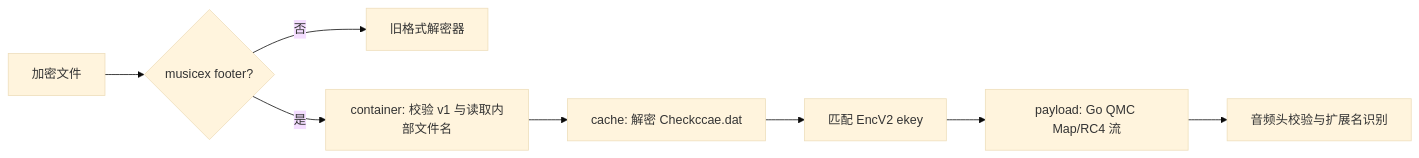
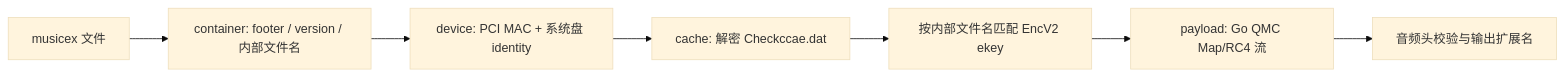
Before and after one commit to DearZL/unlock-music-go: the diagram in README.md, drawn with Mermaid (base theme). The commit also changed other lines of this file and 8 other files, not shown here.

````diff
--- a/README.md
+++ b/README.md
@@ -39,10 +43,9 @@
 ```mermaid
 flowchart LR
-  A[加密文件] --> B{musicex footer?}
-  B -->|否| C[旧格式解密器]
-  B -->|是| D[container: 校验 v1 与读取内部文件名]
-  D --> E[cache: 解密 Checkccae.dat]
-  E --> F[匹配 EncV2 ekey]
-  F --> G[payload: Go QMC Map/RC4 流]
-  G --> H[音频头校验与扩展名识别]
+  A[musicex 文件] --> B[container: footer / version / 内部文件名]
+  B --> C[device: PCI MAC + 系统盘 identity]
+  C --> D[cache: 解密 Checkccae.dat]
+  D --> E[按内部文件名匹配 EncV2 ekey]
+  E --> F[payload: Go QMC Map/RC4 流]
+  F --> G[音频头校验与输出扩展名]
 ```
````
